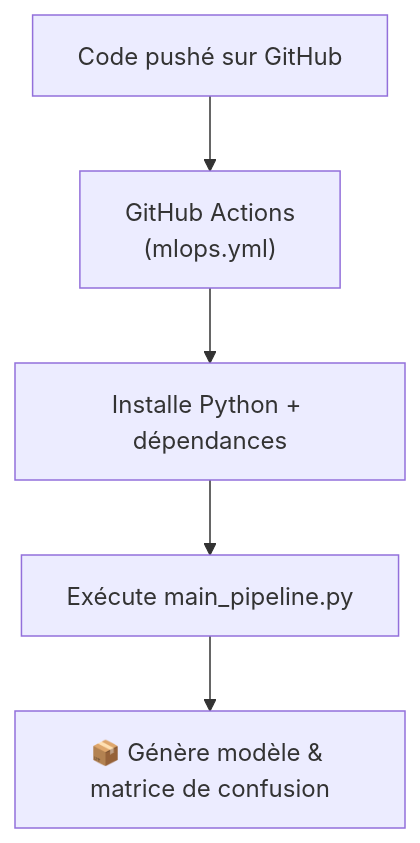
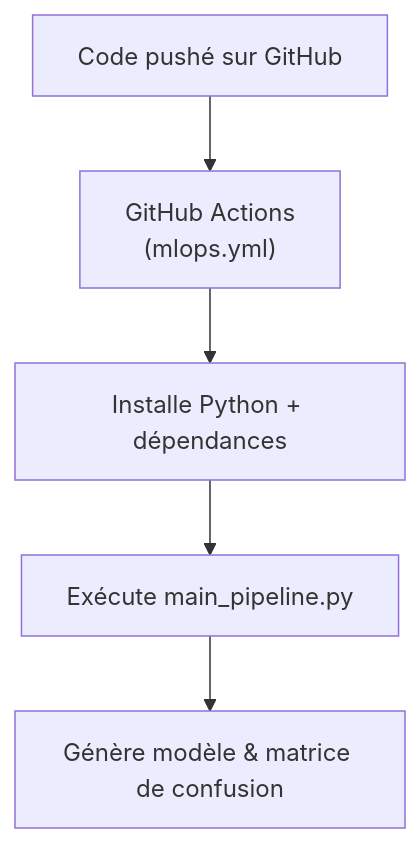
The diagram in README.md (malikakika/MLOPS-), drawn with Mermaid before and after one commit. The commit also changed other lines of this file, not shown here.

````diff
--- a/README.md
+++ b/README.md
@@ -281,7 +281,7 @@
 ```mermaid
 flowchart TD
     PushCode[Code pushé sur GitHub] --> GitHubActions
     GitHubActions["GitHub Actions\n(mlops.yml)"] --> Install[Installe Python + dépendances]
     Install --> ExecutePipeline["Exécute main_pipeline.py"]
-    ExecutePipeline --> Resultats[📦 Génère modèle & matrice de confusion]
+    ExecutePipeline --> Resultats[ Génère modèle & matrice de confusion]
 ```
````
